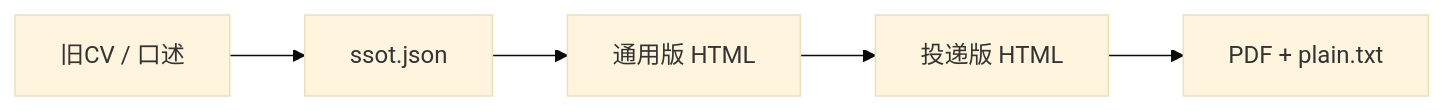
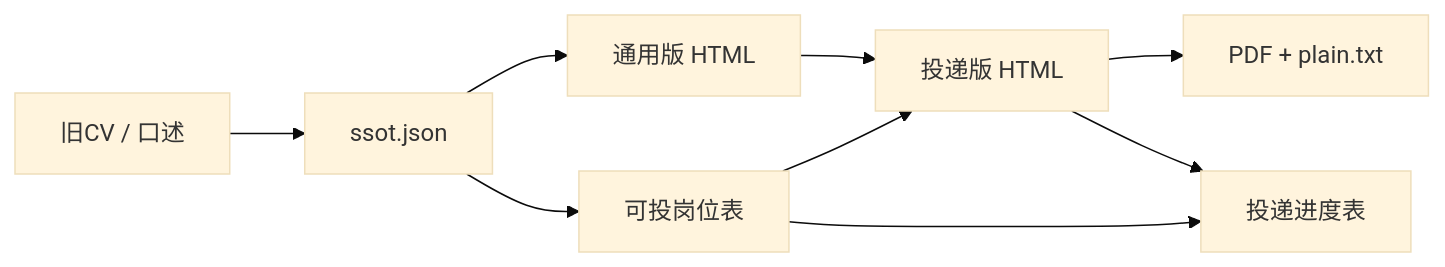
One commit to BAK262/resume-ssot changed the diagram in agent/ROUTER.md. Above: the diagram before and after it, drawn with Mermaid (base theme). The commit also changed other lines of this file and 29 other files, not shown here.

````diff
--- a/agent/ROUTER.md
+++ b/agent/ROUTER.md
@@ -13,7 +18,11 @@
 ```mermaid
 flowchart LR
   A[旧CV / 口述] --> B[ssot.json]
   B --> C[通用版 HTML]
   C --> D[投递版 HTML]
   D --> E[PDF + plain.txt]
+  B --> F[可投岗位表]
+  F --> D
+  D --> G[投递进度表]
+  F --> G
 ```
````
